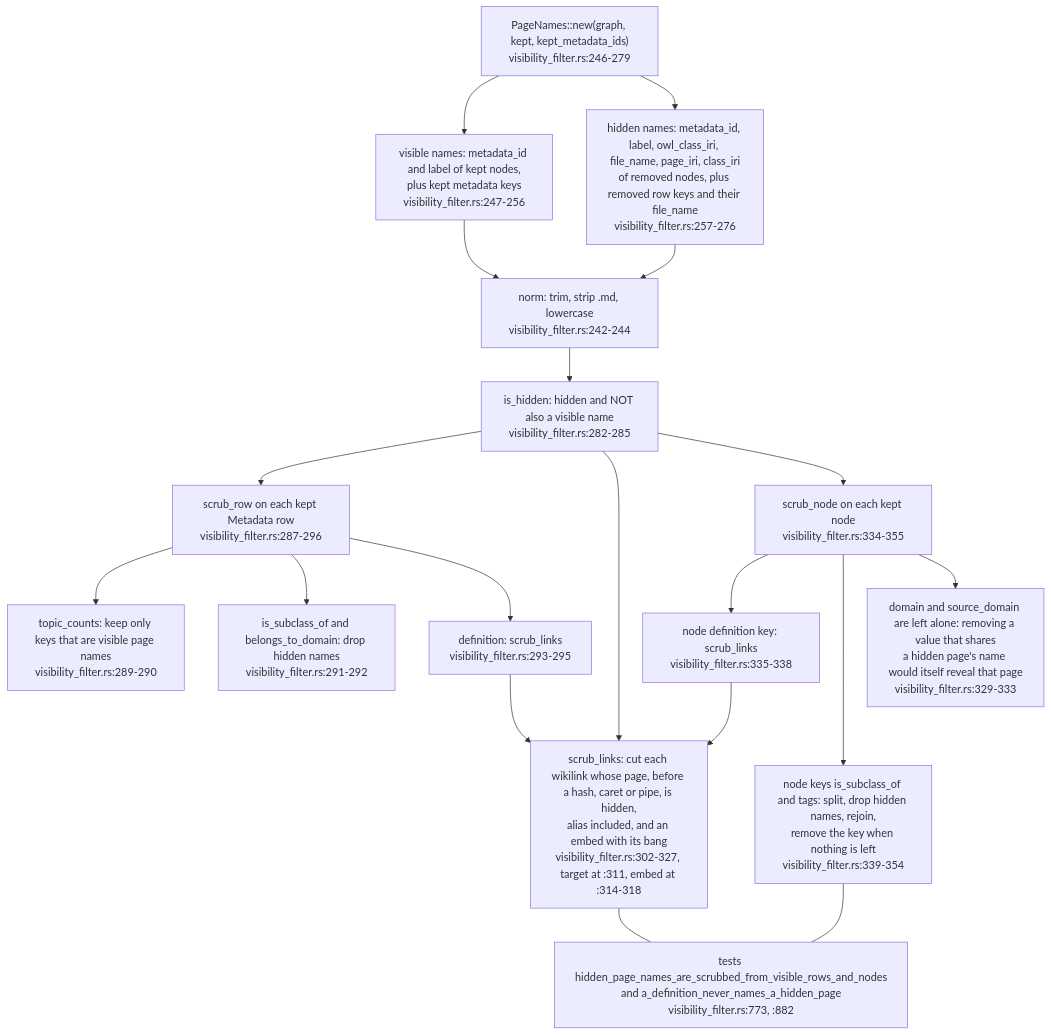
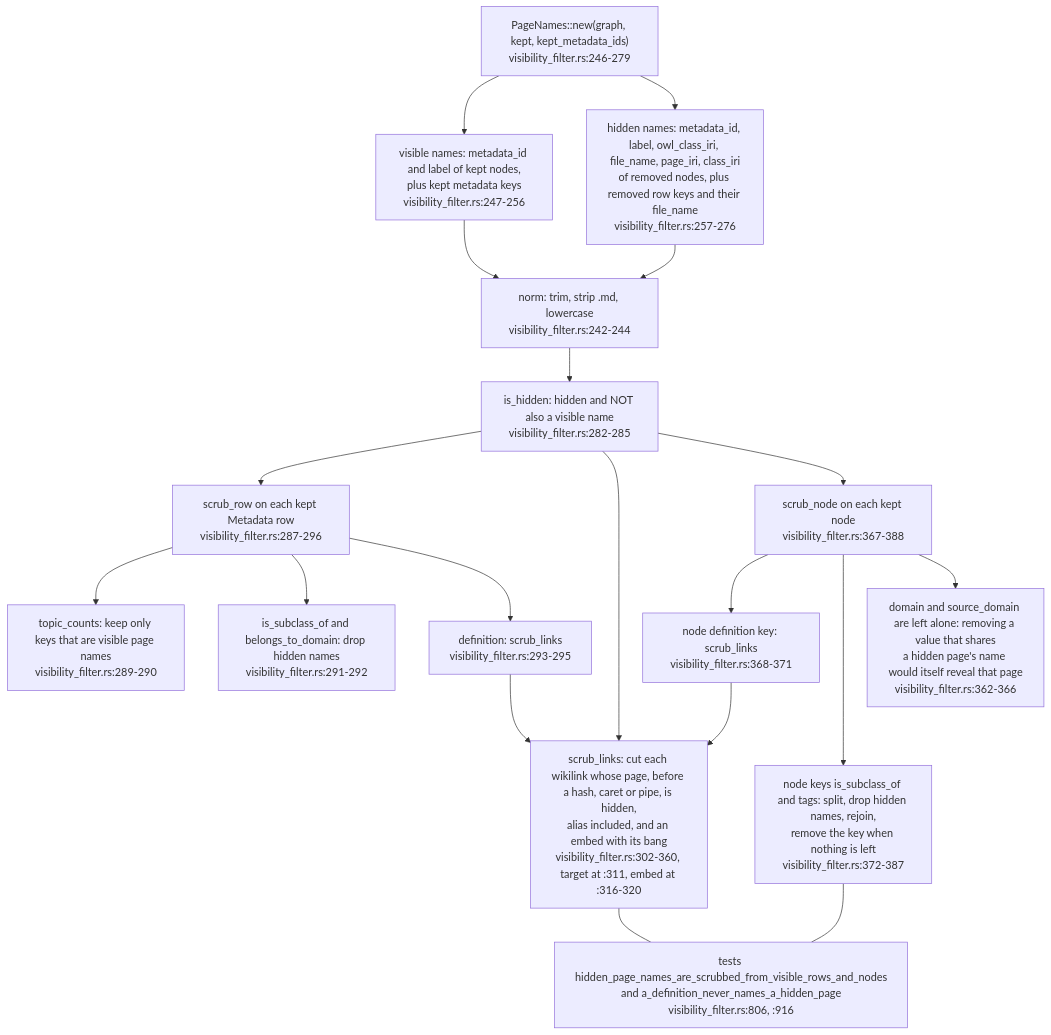
Before and after one commit to DreamLab-AI/VisionFlow: the second of 7 diagrams in docs/diagrams/visionclaw/19-visibility-gate-and-metadata-scrub.md, drawn with Mermaid. The commit also changed other lines of this file and 49 other files, not shown here.

First line of the commit message:
docs(diagrams): re-derive and re-stamp VisionClaw, estate, knowledge-graph, visionGraph, VisionFlow and sidestr topics

````diff
--- a/docs/diagrams/visionclaw/19-visibility-gate-and-metadata-scrub.md
+++ b/docs/diagrams/visionclaw/19-visibility-gate-and-metadata-scrub.md
@@ -92,22 +92,22 @@
 ```mermaid
 flowchart TB
     PN["PageNames::new(graph, kept, kept_metadata_ids)<br/>visibility_filter.rs:246-279"] --> VIS["visible names: metadata_id and label of kept nodes,<br/>plus kept metadata keys<br/>visibility_filter.rs:247-256"]
     PN --> HID["hidden names: metadata_id, label, owl_class_iri, file_name, page_iri, class_iri<br/>of removed nodes, plus removed row keys and their file_name<br/>visibility_filter.rs:257-276"]
     VIS --> NORM["norm: trim, strip .md, lowercase<br/>visibility_filter.rs:242-244"]
     HID --> NORM
     NORM --> ISH["is_hidden: hidden and NOT also a visible name<br/>visibility_filter.rs:282-285"]
     ISH --> ROW["scrub_row on each kept Metadata row<br/>visibility_filter.rs:287-296"]
     ROW --> R1["topic_counts: keep only keys that are visible page names<br/>visibility_filter.rs:289-290"]
     ROW --> R2["is_subclass_of and belongs_to_domain: drop hidden names<br/>visibility_filter.rs:291-292"]
     ROW --> R3["definition: scrub_links<br/>visibility_filter.rs:293-295"]
-    ISH --> SL["scrub_links: cut each wikilink whose page, before a hash, caret or pipe, is hidden,<br/>alias included, and an embed with its bang<br/>visibility_filter.rs:302-327, target at :311, embed at :314-318"]
+    ISH --> SL["scrub_links: cut each wikilink whose page, before a hash, caret or pipe, is hidden,<br/>alias included, and an embed with its bang<br/>visibility_filter.rs:302-360, target at :311, embed at :316-320"]
     R3 --> SL
-    ISH --> NODE["scrub_node on each kept node<br/>visibility_filter.rs:334-355"]
-    NODE --> K0["node definition key: scrub_links<br/>visibility_filter.rs:335-338"]
+    ISH --> NODE["scrub_node on each kept node<br/>visibility_filter.rs:367-388"]
+    NODE --> K0["node definition key: scrub_links<br/>visibility_filter.rs:368-371"]
     K0 --> SL
-    NODE --> K1["node keys is_subclass_of and tags: split, drop hidden names, rejoin,<br/>remove the key when nothing is left<br/>visibility_filter.rs:339-354"]
-    NODE --> K2["domain and source_domain are left alone: removing a value that shares<br/>a hidden page's name would itself reveal that page<br/>visibility_filter.rs:329-333"]
-    T["tests hidden_page_names_are_scrubbed_from_visible_rows_and_nodes<br/>and a_definition_never_names_a_hidden_page<br/>visibility_filter.rs:773, :882"]
+    NODE --> K1["node keys is_subclass_of and tags: split, drop hidden names, rejoin,<br/>remove the key when nothing is left<br/>visibility_filter.rs:372-387"]
+    NODE --> K2["domain and source_domain are left alone: removing a value that shares<br/>a hidden page's name would itself reveal that page<br/>visibility_filter.rs:362-366"]
+    T["tests hidden_page_names_are_scrubbed_from_visible_rows_and_nodes<br/>and a_definition_never_names_a_hidden_page<br/>visibility_filter.rs:806, :916"]
     K1 --- T
     SL --- T
 ```
````
